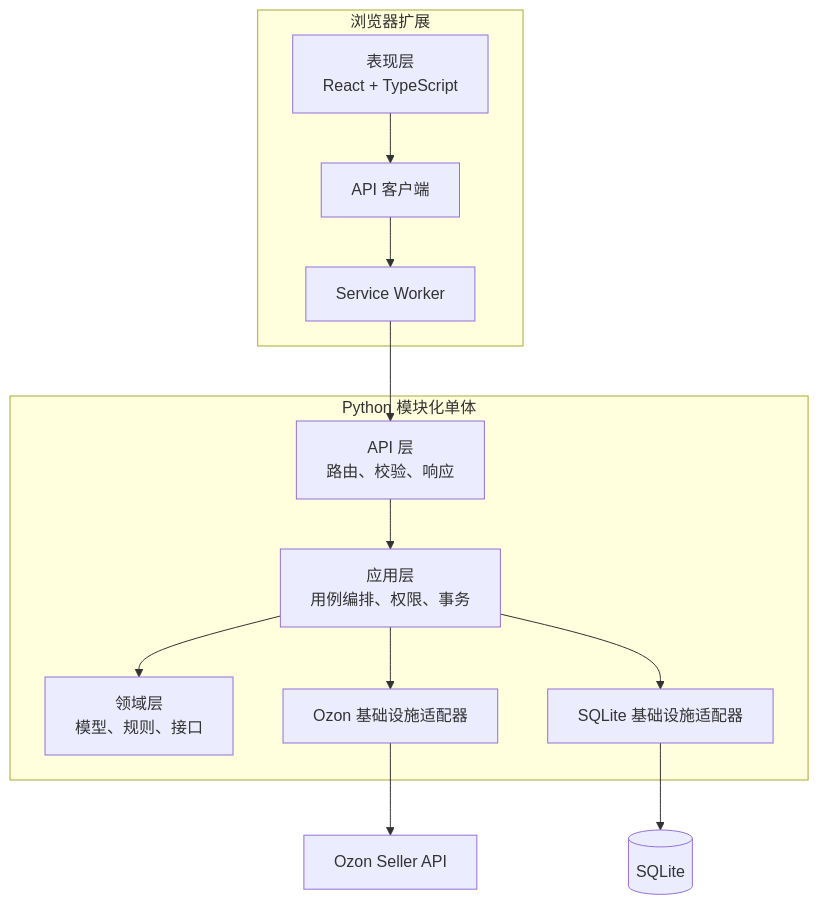
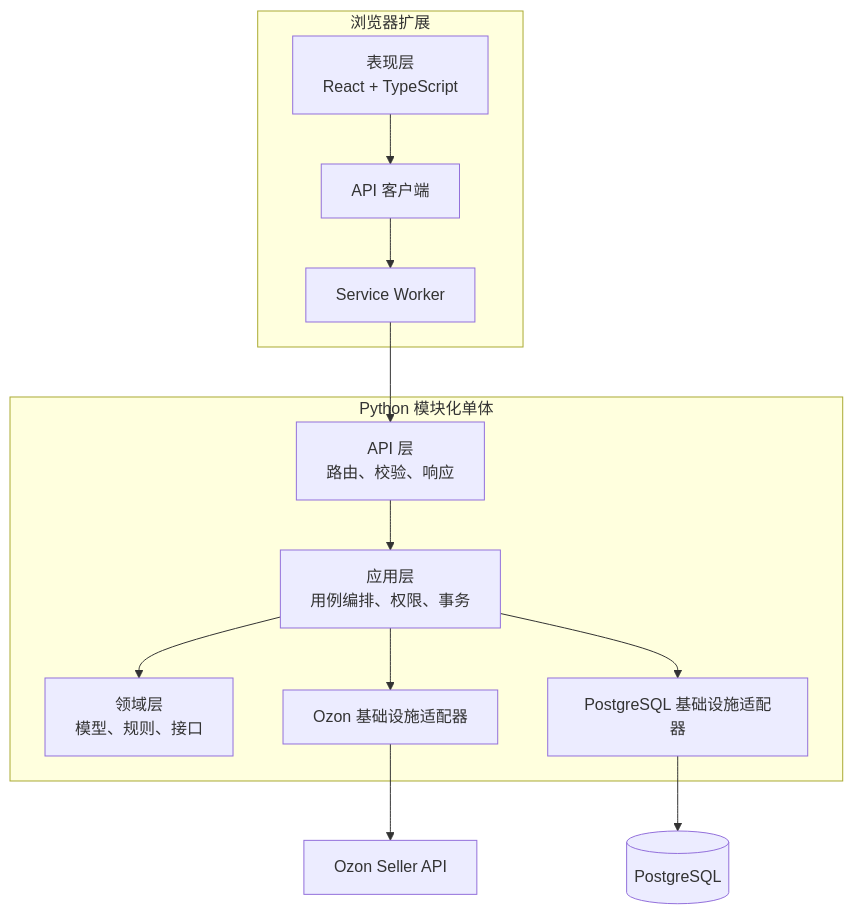
Before and after one commit to pengxdCSDN/ozonslj: the second of 9 diagrams in docs/ARCHITECTURE.md, drawn with Mermaid. The commit also changed other lines of this file and 43 other files, not shown here.

Commit message:
feat: 切换 PostgreSQL 并添加云端部署骨架

````diff
--- a/docs/ARCHITECTURE.md
+++ b/docs/ARCHITECTURE.md
@@ -28,24 +30,24 @@
 ```mermaid
 flowchart TB
     subgraph Browser["浏览器扩展"]
         UI["表现层<br/>React + TypeScript"]
         CLIENT["API 客户端"]
         WORKER["Service Worker"]
         UI --> CLIENT --> WORKER
     end
 
     subgraph Backend["Python 模块化单体"]
         HTTP["API 层<br/>路由、校验、响应"]
         APP["应用层<br/>用例编排、权限、事务"]
         DOMAIN["领域层<br/>模型、规则、接口"]
         OZONADAPTER["Ozon 基础设施适配器"]
-        SQLITE["SQLite 基础设施适配器"]
+        POSTGRES["PostgreSQL 基础设施适配器"]
         HTTP --> APP --> DOMAIN
         APP --> OZONADAPTER
-        APP --> SQLITE
+        APP --> POSTGRES
     end
 
     WORKER --> HTTP
     OZONADAPTER --> OZON["Ozon Seller API"]
-    SQLITE --> DB[("SQLite")]
+    POSTGRES --> DB[("PostgreSQL")]
 ```
````
